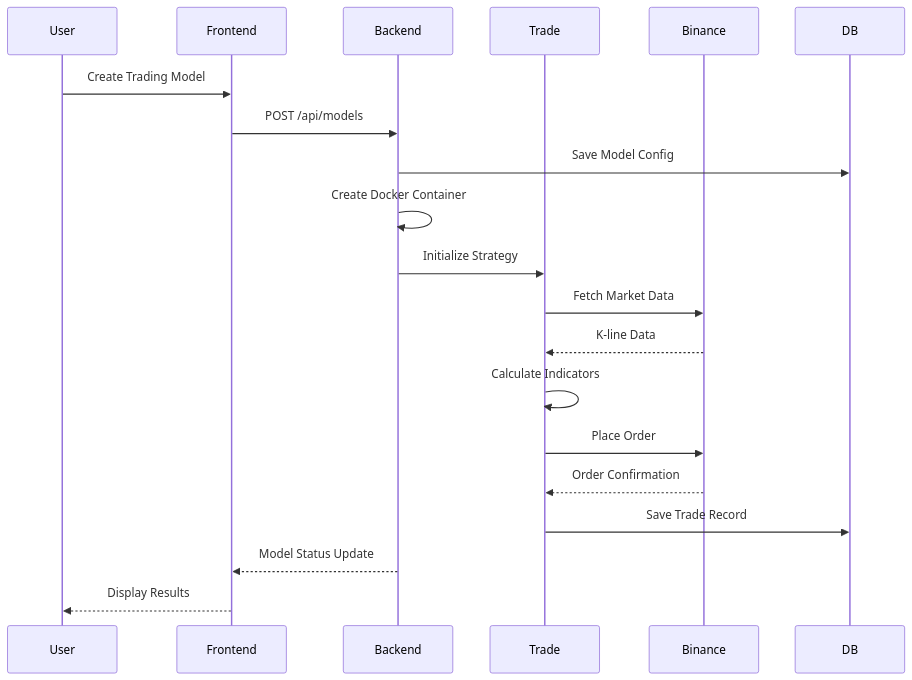
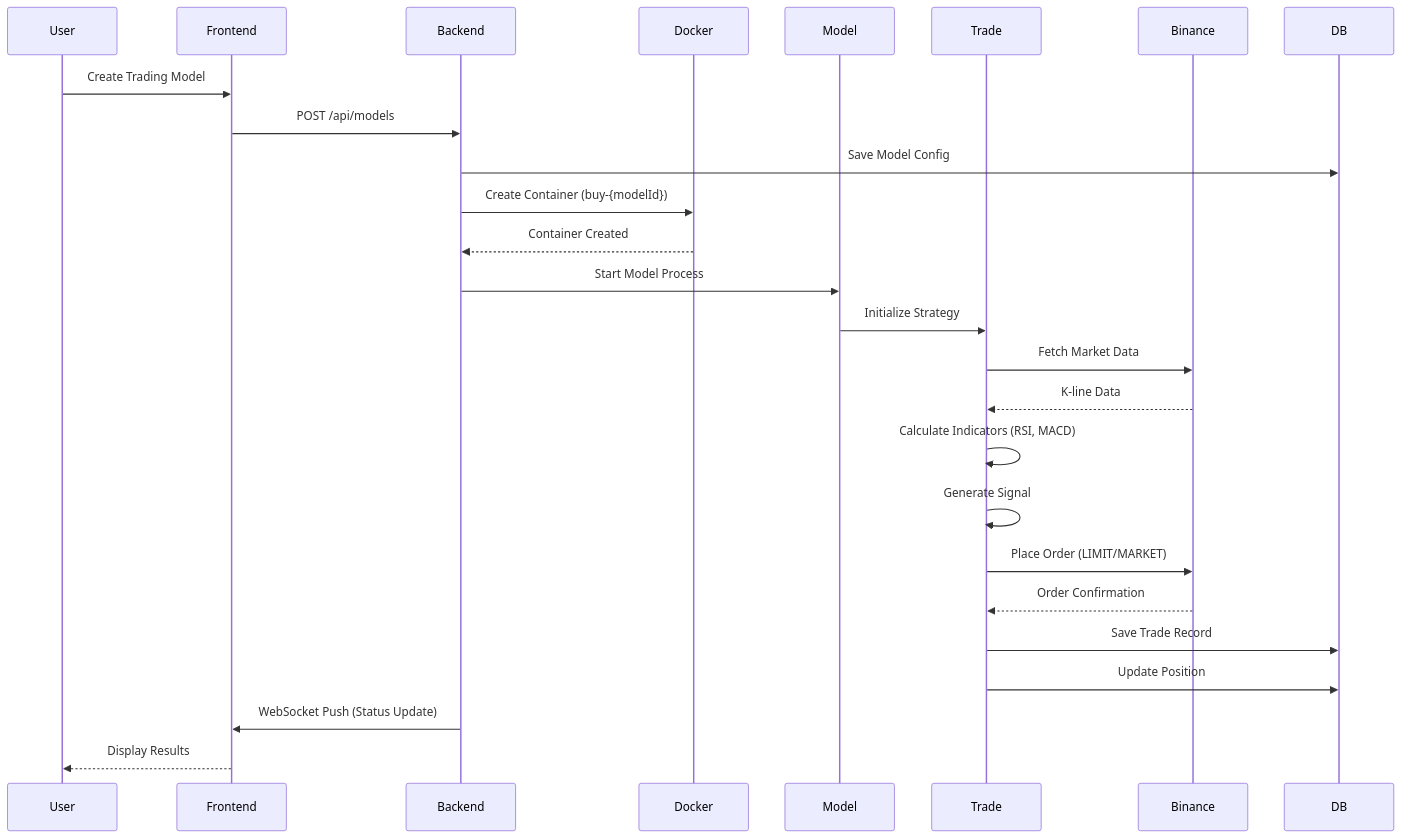
Before and after one commit to gavenwangcn/AIFutureTrade: the fifth of 6 diagrams in README.md, drawn with Mermaid. The commit also changed other lines of this file and 1 other file, not shown here.

````diff
--- a/README.md
+++ b/README.md
@@ -141,23 +340,29 @@
 ```mermaid
 sequenceDiagram
     participant User
     participant Frontend
     participant Backend
+    participant Docker
+    participant Model
     participant Trade
     participant Binance
     participant DB
 
     User->>Frontend: Create Trading Model
     Frontend->>Backend: POST /api/models
     Backend->>DB: Save Model Config
-    Backend->>Backend: Create Docker Container
-    Backend->>Trade: Initialize Strategy
+    Backend->>Docker: Create Container (buy-{modelId})
+    Docker-->>Backend: Container Created
+    Backend->>Model: Start Model Process
+    Model->>Trade: Initialize Strategy
     Trade->>Binance: Fetch Market Data
     Binance-->>Trade: K-line Data
-    Trade->>Trade: Calculate Indicators
-    Trade->>Binance: Place Order
+    Trade->>Trade: Calculate Indicators (RSI, MACD)
+    Trade->>Trade: Generate Signal
+    Trade->>Binance: Place Order (LIMIT/MARKET)
     Binance-->>Trade: Order Confirmation
     Trade->>DB: Save Trade Record
-    Backend-->>Frontend: Model Status Update
+    Trade->>DB: Update Position
+    Backend->>Frontend: WebSocket Push (Status Update)
     Frontend-->>User: Display Results
 ```
````
